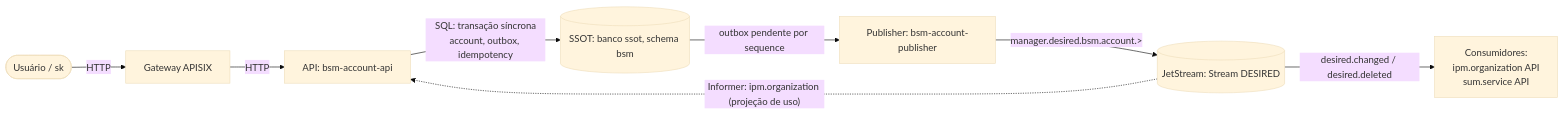
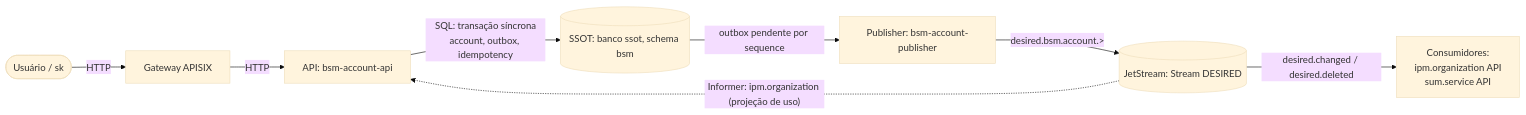
One commit to danielsabatini/smarkee changed the diagram in features/bsm/account/docs/architecture/01-componentes.mmd. Above: the diagram before and after it, drawn with Mermaid (base theme). The commit also changed 81 other files, not shown here.

Commit message:
docs: alinhar documentações e diagramas aos subjects de 4 tokens do NATS

```diff
--- a/features/bsm/account/docs/architecture/01-componentes.mmd
+++ b/features/bsm/account/docs/architecture/01-componentes.mmd
@@ -1,8 +1,8 @@
 flowchart LR
   U([Usuário / sk]) -->|HTTP| GW[Gateway APISIX]
   GW -->|HTTP| API[API: bsm-account-api]
   API -->|SQL: transação síncrona\naccount, outbox, idempotency| DB[(SSOT: banco ssot, schema bsm)]
   NATS[(JetStream: Stream DESIRED)] -.->|"Informer: ipm.organization (projeção de uso)"| API
   DB -->|outbox pendente por sequence| PUB[Publisher: bsm-account-publisher]
-  PUB -->|manager.desired.bsm.account.>| NATS
+  PUB -->|desired.bsm.account.>| NATS
   NATS -->|desired.changed / desired.deleted| CONS[Consumidores:\nipm.organization API\nsum.service API]
```
